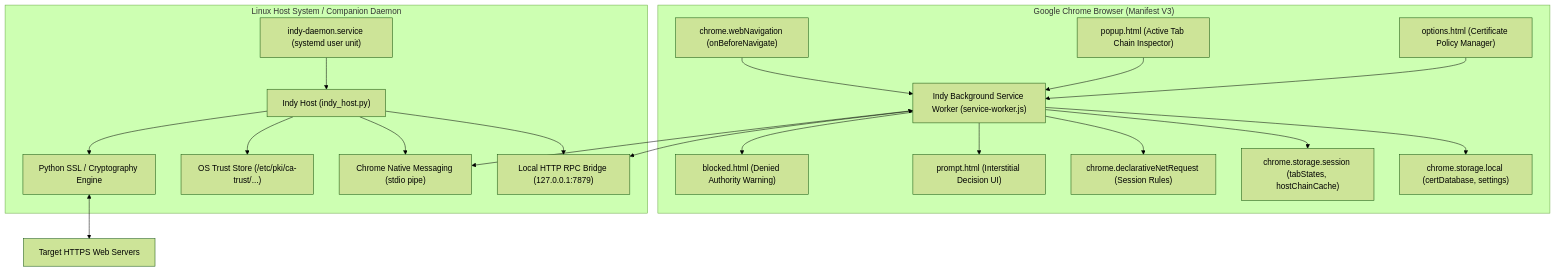
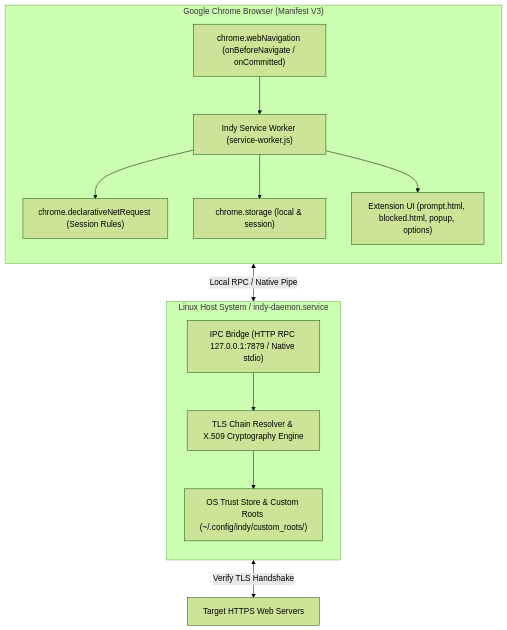
One commit to e-t-u/indy changed the first of 2 diagrams in ARCHITECTURE.md. Above: the diagram before and after it, drawn with Mermaid (forest theme). The commit also changed 3 other files, not shown here.

Commit message:
fix(docs): embed local mermaid bundle and optimize architecture flowchart layout

````diff
--- a/ARCHITECTURE.md
+++ b/ARCHITECTURE.md
@@ -30,42 +30,22 @@
 ```mermaid
 flowchart TD
     subgraph Browser ["Google Chrome Browser (Manifest V3)"]
-        SW["Indy Background Service Worker (service-worker.js)"]
-        Nav["chrome.webNavigation (onBeforeNavigate)"]
-        DNR["chrome.declarativeNetRequest (Session Rules)"]
-        StoreLocal["chrome.storage.local (certDatabase, settings)"]
-        StoreSession["chrome.storage.session (tabStates, hostChainCache)"]
-        UI_Prompt["prompt.html (Interstitial Decision UI)"]
-        UI_Blocked["blocked.html (Denied Authority Warning)"]
-        UI_Popup["popup.html (Active Tab Chain Inspector)"]
-        UI_Options["options.html (Certificate Policy Manager)"]
-
-        Nav --> SW
-        SW --> StoreLocal
-        SW --> StoreSession
-        SW --> DNR
-        SW --> UI_Prompt
-        SW --> UI_Blocked
-        UI_Popup --> SW
-        UI_Options --> SW
+        direction TB
+        Nav["chrome.webNavigation (onBeforeNavigate / onCommitted)"] --> SW["Indy Service Worker (service-worker.js)"]
+        SW --> DNR["chrome.declarativeNetRequest (Session Rules)"]
+        SW --> Storage["chrome.storage (local & session)"]
+        SW --> UIs["Extension UI (prompt.html, blocked.html, popup, options)"]
     end
 
-    subgraph Host ["Linux Host System / Companion Daemon"]
-        HostPy["Indy Host (indy_host.py)"]
-        NativePipe["Chrome Native Messaging (stdio pipe)"]
-        HttpPipe["Local HTTP RPC Bridge (127.0.0.1:7879)"]
-        SystemdUnit["indy-daemon.service (systemd user unit)"]
-        OSStore["OS Trust Store (/etc/pki/ca-trust/...)"]
-        TLSHandshake["Python SSL / Cryptography Engine"]
-
-        SystemdUnit --> HostPy
-        HostPy --> HttpPipe
-        HostPy --> NativePipe
-        HostPy --> OSStore
-        HostPy --> TLSHandshake
+    subgraph Host ["Linux Host System / indy-daemon.service"]
+        direction TB
+        Bridge["IPC Bridge (HTTP RPC 127.0.0.1:7879 / Native stdio)"]
+        Resolver["TLS Chain Resolver & X.509 Cryptography Engine"]
+        Stores["OS Trust Store & Custom Roots (~/.config/indy/custom_roots/)"]
+        Bridge --> Resolver
+        Resolver --> Stores
     end
 
-    SW <--> HttpPipe
-    SW <--> NativePipe
-    TLSHandshake <--> Web["Target HTTPS Web Servers"]
+    SW <-->|"Local RPC / Native Pipe"| Bridge
+    Resolver <-->|"Verify TLS Handshake"| Web["Target HTTPS Web Servers"]
 ```
````
